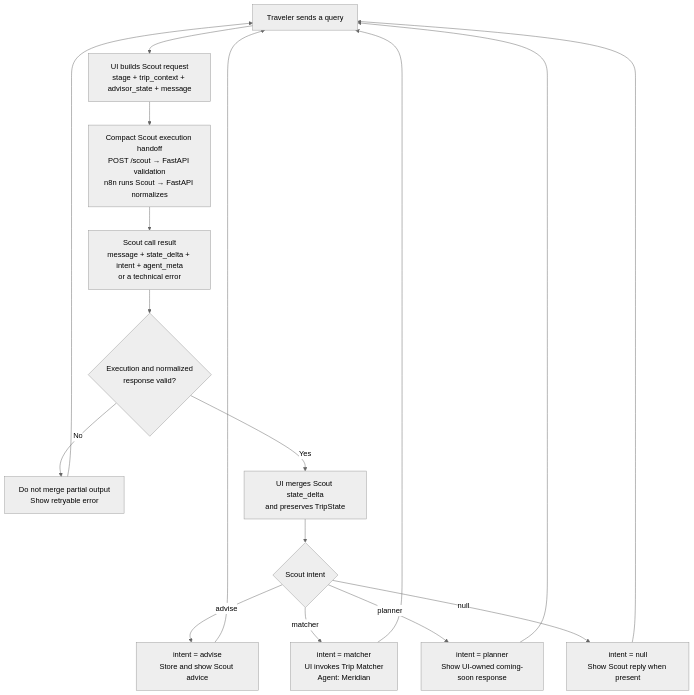
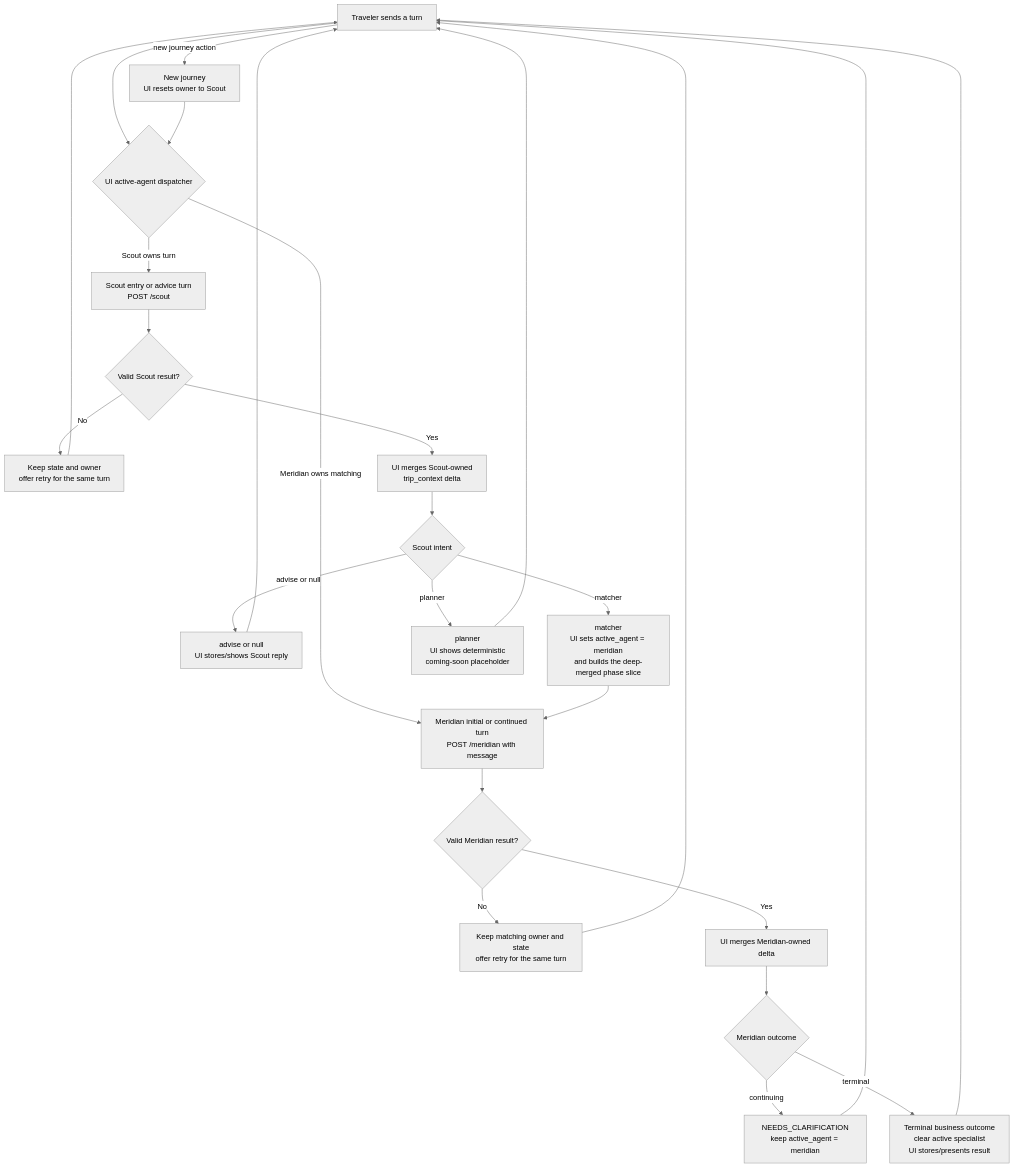
One commit to agarwalnaina1496/TWM_Docs changed the first of 2 diagrams in README.md. Above: the diagram before and after it, drawn with Mermaid (neutral theme). The commit also changed other lines of this file and 9 other files, not shown here.

````diff
--- a/README.md
+++ b/README.md
@@ -7,26 +7,37 @@
 ```mermaid
 flowchart TB
-    User["Traveler sends a query"]
-    Build["UI builds Scout request<br/>stage + trip_context + advisor_state + message"]
-    Handoff["Compact Scout execution handoff<br/>POST /scout → FastAPI validation<br/>n8n runs Scout → FastAPI normalizes"]
-    Result["Scout call result<br/>message + state_delta + intent + agent_meta<br/>or a technical error"]
+    User["Traveler sends a turn"]
+    Dispatch{"UI active-agent dispatcher"}
+    Scout["Scout entry or advice turn<br/>POST /scout"]
+    ScoutValid{"Valid Scout result?"}
+    ScoutRetry["Keep state and owner<br/>offer retry for the same turn"]
+    ScoutMerge["UI merges Scout-owned<br/>trip_context delta"]
+    Intent{"Scout intent"}
+    Advice["advise or null<br/>UI stores/shows Scout reply"]
+    Handoff["matcher<br/>UI sets active_agent = meridian<br/>and builds the deep-merged phase slice"]
+    Meridian["Meridian initial or continued turn<br/>POST /meridian with message"]
+    MeridianValid{"Valid Meridian result?"}
+    MeridianRetry["Keep matching owner and state<br/>offer retry for the same turn"]
+    MeridianMerge["UI merges Meridian-owned delta"]
+    Outcome{"Meridian outcome"}
+    Continue["NEEDS_CLARIFICATION<br/>keep active_agent = meridian"]
+    Terminal["Terminal business outcome<br/>clear active specialist<br/>UI stores/presents result"]
+    Planner["planner<br/>UI shows deterministic<br/>coming-soon placeholder"]
+    Reset["New journey<br/>UI resets owner to Scout"]
 
-    Valid{"Execution and normalized<br/>response valid?"}
-    Retry["Do not merge partial output<br/>Show retryable error"]
-    Merge["UI merges Scout state_delta<br/>and preserves TripState"]
-    Intent{"Scout intent"}
-
-    Advice["intent = advise<br/>Store and show Scout advice"]
-    Matcher["intent = matcher<br/>UI invokes Trip Matcher<br/>Agent: Meridian"]
-    Planner["intent = planner<br/>Show UI-owned coming-soon response"]
-    Direct["intent = null<br/>Show Scout reply when present"]
-
-    User --> Build --> Handoff --> Result --> Valid
-    Valid -->|No| Retry --> User
-    Valid -->|Yes| Merge --> Intent
-
-    Intent -->|advise| Advice --> User
-    Intent -->|matcher| Matcher --> User
+    User --> Dispatch
+    Dispatch -->|Scout owns turn| Scout --> ScoutValid
+    Dispatch -->|Meridian owns matching| Meridian
+    ScoutValid -->|No| ScoutRetry --> User
+    ScoutValid -->|Yes| ScoutMerge --> Intent
+    Intent -->|advise or null| Advice --> User
+    Intent -->|matcher| Handoff --> Meridian
     Intent -->|planner| Planner --> User
-    Intent -->|null| Direct --> User
+    Meridian --> MeridianValid
+    MeridianValid -->|No| MeridianRetry --> User
+    MeridianValid -->|Yes| MeridianMerge --> Outcome
+    Outcome -->|continuing| Continue --> User
+    Outcome -->|terminal| Terminal --> User
+    User -->|new journey action| Reset
+    Reset --> Dispatch
 ```
````
